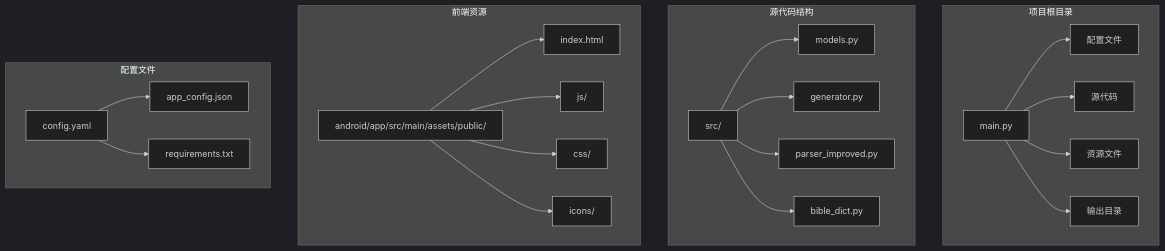
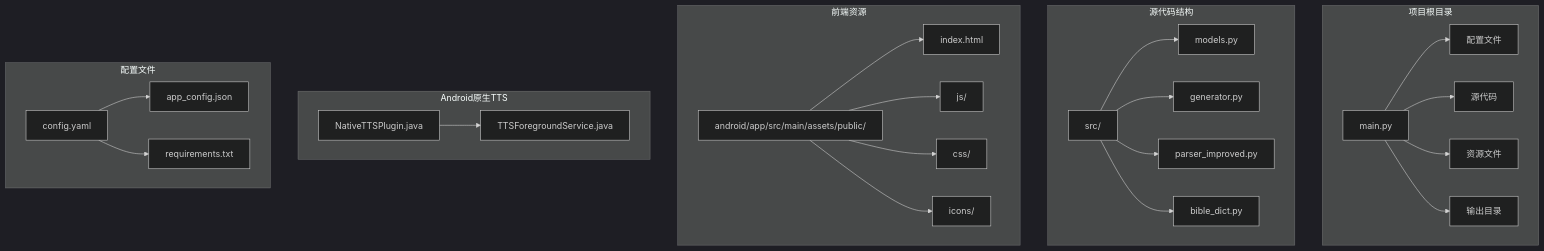
The first of 7 diagrams in .qoder/repowiki/zh/content/移动应用开发/TTS静态实例管理系统.md (zhao-zg/cx), drawn with Mermaid (dark theme) before and after one commit. The commit also changed other lines of this file and 4 other files, not shown here.

````diff
--- a/.qoder/repowiki/zh/content/移动应用开发/TTS静态实例管理系统.md
+++ b/.qoder/repowiki/zh/content/移动应用开发/TTS静态实例管理系统.md
@@ -37,25 +45,28 @@
 ```mermaid
 graph TB
 subgraph "项目根目录"
 A[main.py] --> B[配置文件]
 A --> C[源代码]
 A --> D[资源文件]
 A --> E[输出目录]
 end
 subgraph "源代码结构"
 C1[src/] --> C2[models.py]
 C1 --> C3[generator.py]
 C1 --> C4[parser_improved.py]
 C1 --> C5[bible_dict.py]
 end
 subgraph "前端资源"
 F[android/app/src/main/assets/public/] --> G[index.html]
 F --> H[js/]
 F --> I[css/]
 F --> J[icons/]
 end
+subgraph "Android原生TTS"
+K[NativeTTSPlugin.java] --> L[TTSForegroundService.java]
+end
 subgraph "配置文件"
 B1[config.yaml] --> B2[app_config.json]
 B1 --> B3[requirements.txt]
 end
 ```
````
